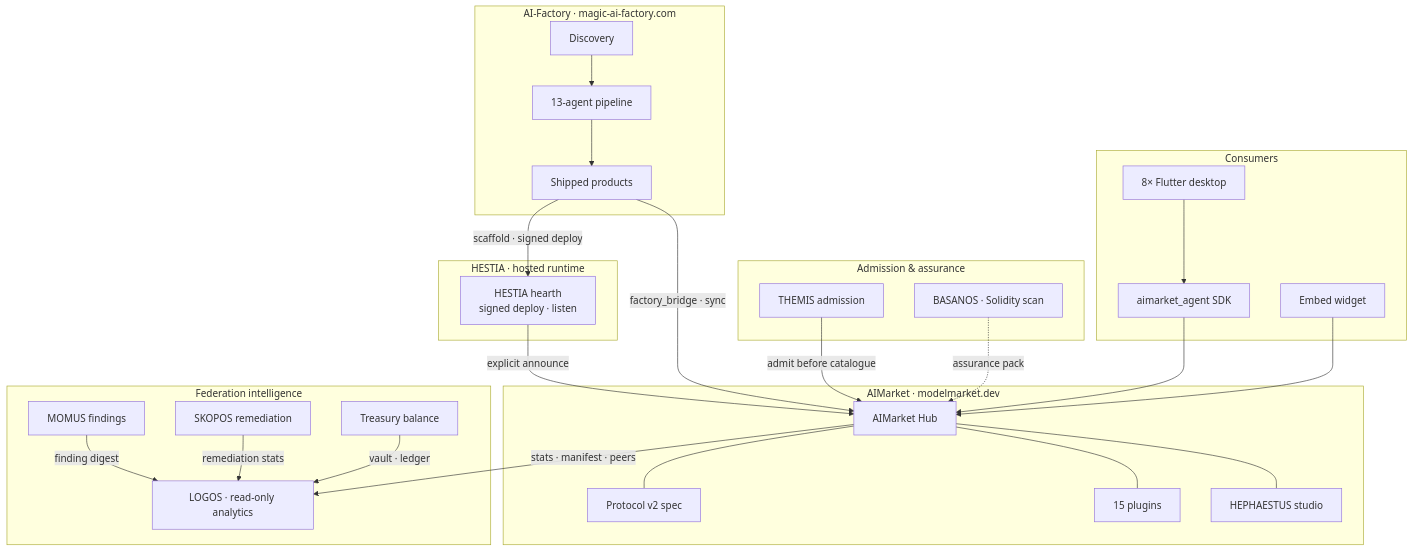
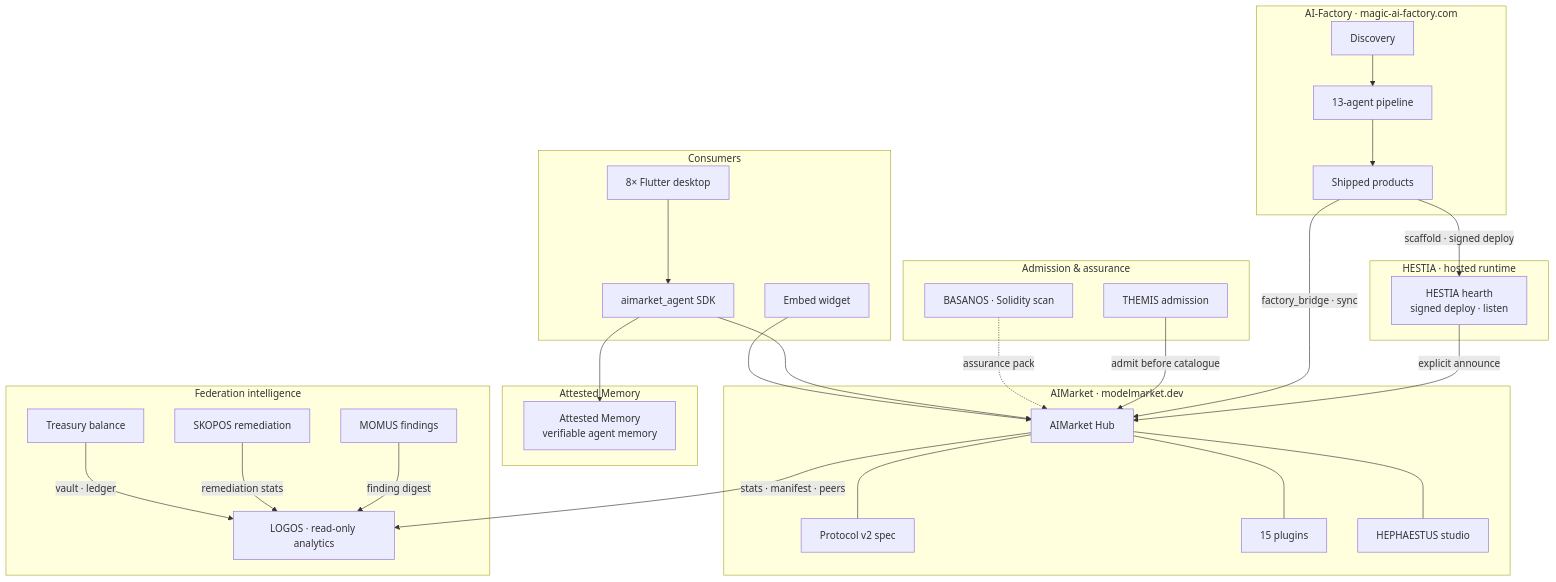
Before and after one commit to alexar76/aicom: the third of 3 diagrams in README.md, drawn with Mermaid. The commit also changed other lines of this file and 99 other files, not shown here.

````diff
--- a/README.md
+++ b/README.md
@@ -732,53 +732,58 @@
 ```mermaid
 flowchart TB
   subgraph factory["AI-Factory · magic-ai-factory.com"]
     DISC["Discovery"]
     PIPE["13-agent pipeline"]
     SHIP["Shipped products"]
     DISC --> PIPE --> SHIP
   end
 
   subgraph aimarket["AIMarket · modelmarket.dev"]
     HUB["AIMarket Hub"]
     PROT["Protocol v2 spec"]
     PLG["15 plugins"]
     HEPHA["HEPHAESTUS studio"]
     HUB --- PLG
     HUB --- PROT
     HUB --- HEPHA
   end
 
   subgraph hearth["HESTIA · hosted runtime"]
     HESTIA["HESTIA hearth<br/>signed deploy · listen"]
+  end
+
+  subgraph amem["Attested Memory"]
+    AMEM["Attested Memory<br/>verifiable agent memory"]
   end
 
   subgraph security["Admission & assurance"]
     THEMIS["THEMIS admission"]
     BASANOS["BASANOS · Solidity scan"]
   end
 
   subgraph consume["Consumers"]
     DSK["8× Flutter desktop"]
     WGT["Embed widget"]
     SDK["aimarket_agent SDK"]
   end
 
   subgraph intelligence["Federation intelligence"]
     LOGOS["LOGOS · read-only analytics"]
     MOMUS["MOMUS findings"]
     SKOPOS["SKOPOS remediation"]
     TREASURY["Treasury balance"]
   end
 
   SHIP -->|"scaffold · signed deploy"| HESTIA
   HESTIA -->|"explicit announce"| HUB
   SHIP -->|"factory_bridge · sync"| HUB
   THEMIS -->|"admit before catalogue"| HUB
   BASANOS -.->|"assurance pack"| HUB
   DSK --> SDK --> HUB
   WGT --> HUB
+  SDK --> AMEM
   HUB -->|"stats · manifest · peers"| LOGOS
   MOMUS -->|"finding digest"| LOGOS
   SKOPOS -->|"remediation stats"| LOGOS
   TREASURY -->|"vault · ledger"| LOGOS
 ```
````
